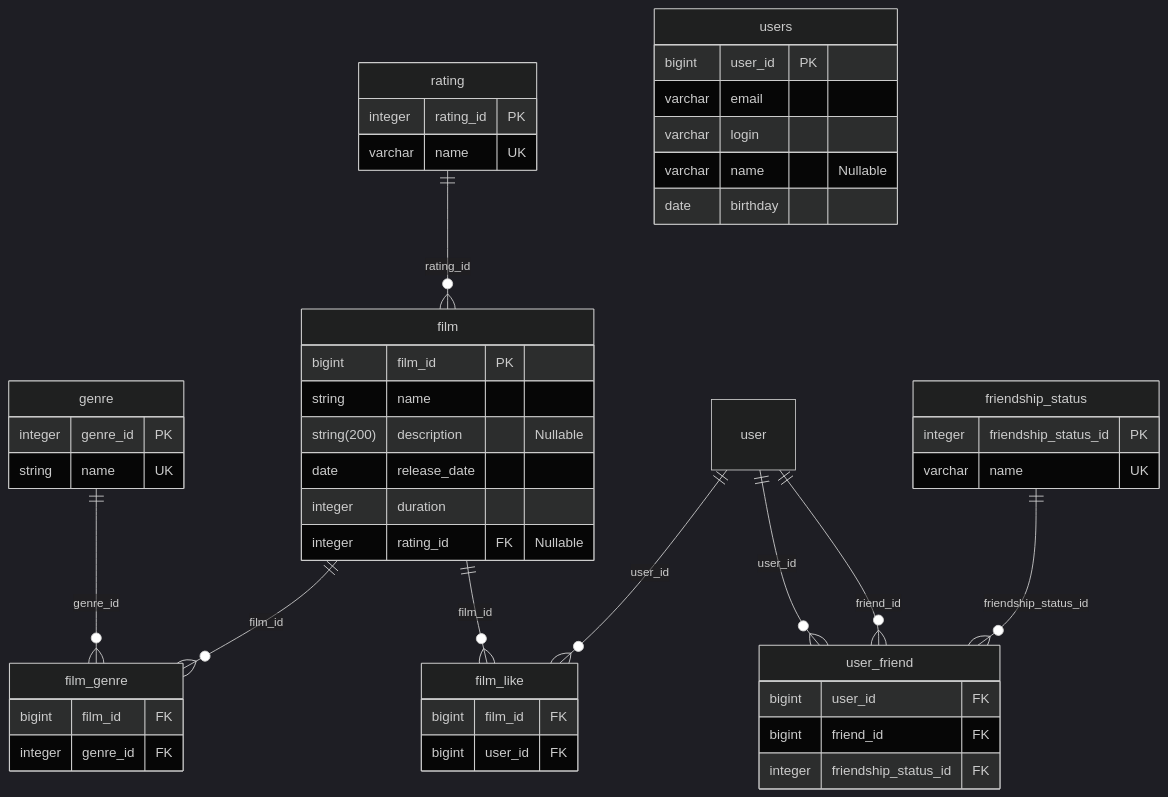
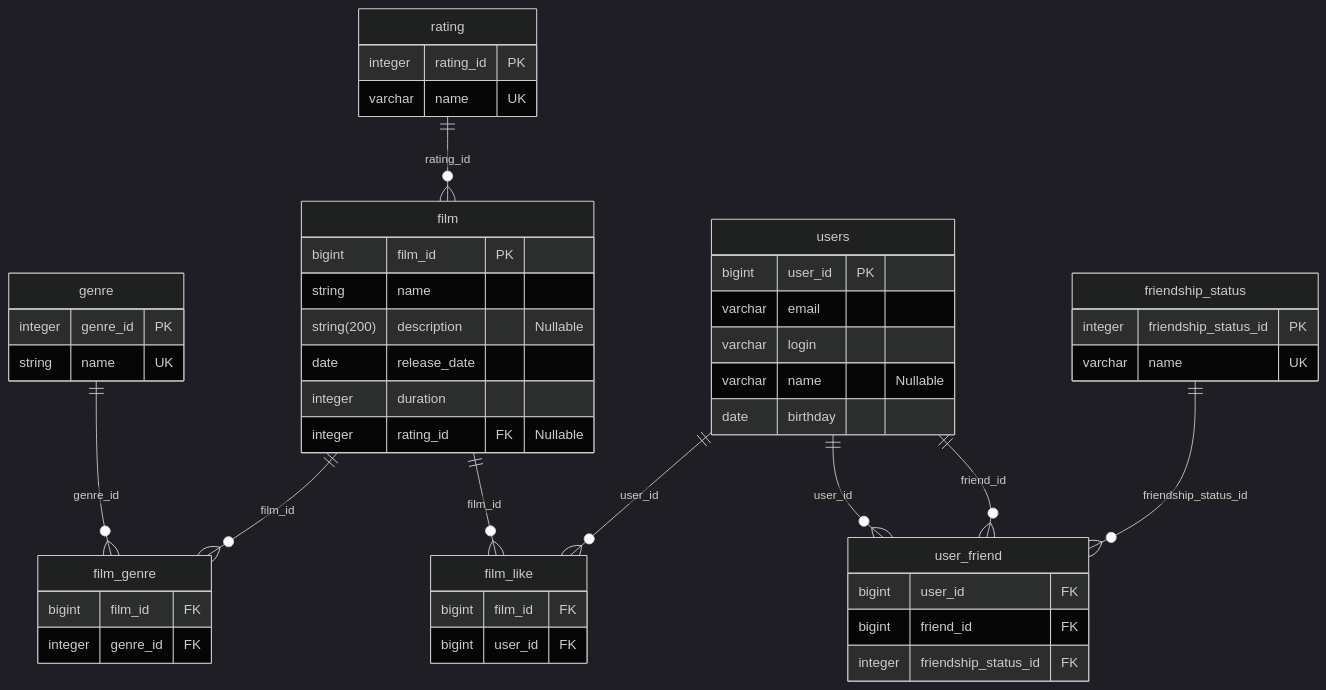
One commit to MariaFantasy/java-filmorate changed the diagram in README.md. Above: the diagram before and after it, drawn with Mermaid (dark theme).

````diff
--- a/README.md
+++ b/README.md
@@ -10,61 +10,61 @@
 ```mermaid
 erDiagram
     genre {
         integer genre_id PK
         string name UK
     }
 
     film_genre {
         bigint film_id FK
         integer genre_id FK
     }
 
     film {
         bigint film_id PK
         string name
         string(200) description "Nullable"
         date release_date
         integer duration
         integer rating_id FK "Nullable"
     }
 
     rating {
         integer rating_id PK
         varchar name UK 
     }
 
     film_like {
         bigint film_id FK
         bigint user_id FK
     }
 
     users {
         bigint user_id PK
         varchar email
         varchar login
         varchar name "Nullable"
         date birthday
     }
 
     user_friend {
         bigint user_id FK
         bigint friend_id FK
         integer friendship_status_id FK
     }
 
     friendship_status {
         integer friendship_status_id PK
         varchar name UK
     }
 
 
     genre ||--o{ film_genre : genre_id
     film ||--o{ film_genre : film_id
     rating ||--o{ film : rating_id
     film ||--o{ film_like : film_id
-    user ||--o{ film_like : user_id
-    user ||--o{ user_friend : user_id
-    user ||--o{ user_friend : friend_id
+    users ||--o{ film_like : user_id
+    users ||--o{ user_friend : user_id
+    users ||--o{ user_friend : friend_id
     friendship_status ||--o{ user_friend : friendship_status_id
 
 ```
````
